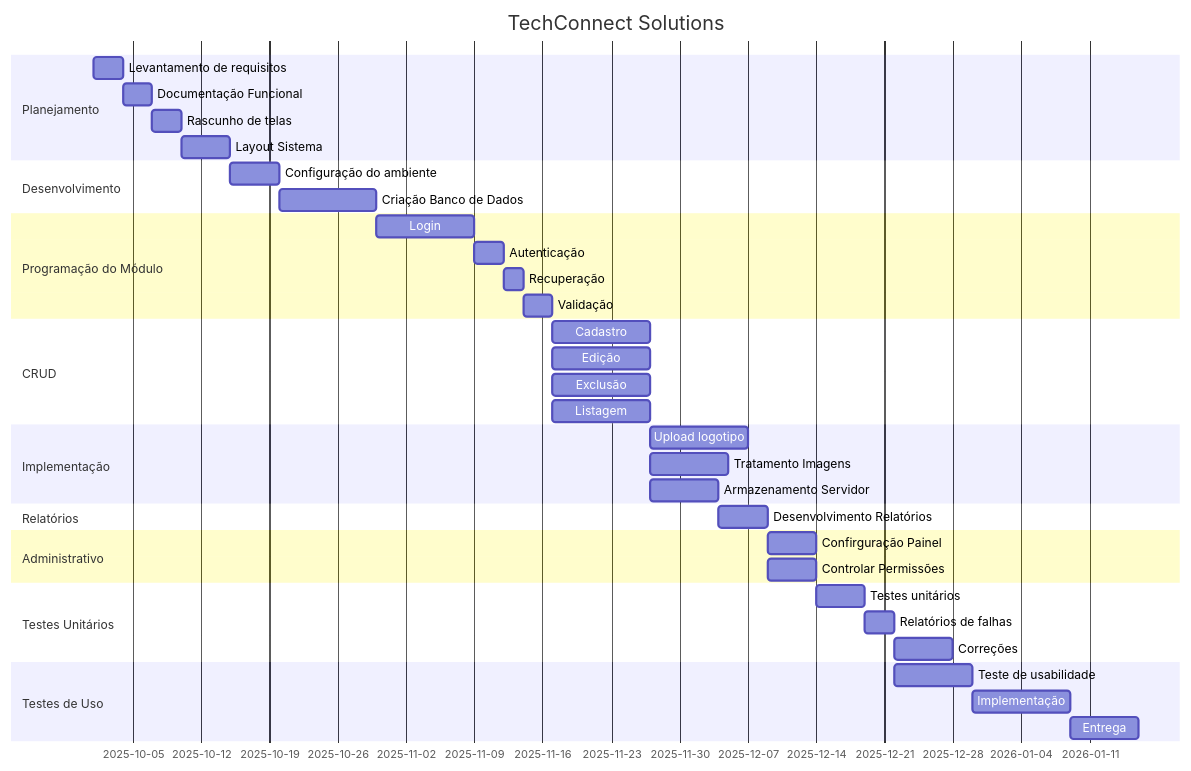
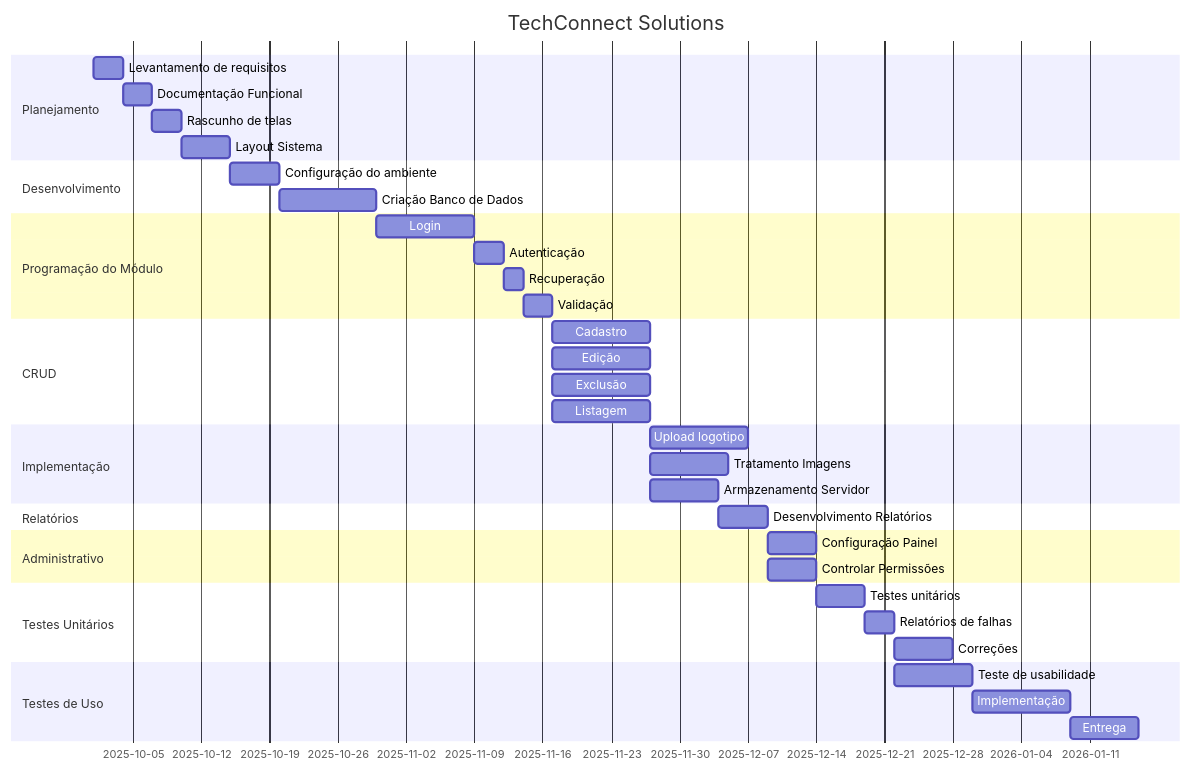
The first of 3 diagrams in README.md (AnandaMazine/Grafico-Gantt), drawn with Mermaid before and after one commit.

````diff
--- a/README.md
+++ b/README.md
@@ -1,48 +1,48 @@
 ```mermaid
 gantt
 title TechConnect Solutions
 dateFormat YYYY-MM-DD
 section Planejamento
 Levantamento de requisitos:lr, 2025-10-01, 3d
 Documentação Funcional:df, after lr, 3d
 Rascunho de telas:rt, after df, 3d
 Layout Sistema:ls, after rt, 5d
 
 section Desenvolvimento
 Configuração do ambiente:ca, after ls, 5d
 Criação Banco de Dados:db, after ca, 10d
 
 section Programação do Módulo
 Login:lo, after db, 10d
 Autenticação:at, after lo, 3d
 Recuperação:rs, after at, 2d
 Validação:va, after rs, 3d
 
 section CRUD
 Cadastro:ct, after va, 10d
 Edição:ed, after va, 10d
 Exclusão:ex, after va, 10d
 Listagem:li, after va, 10d
 
 section Implementação
 Upload logotipo:ul, after li, 10d
 Tratamento Imagens:ti, after li, 8d
 Armazenamento Servidor:as, after li, 7d
 
 section Relatórios
 Desenvolvimento Relatórios:dr, after as, 5d
 
 section Administrativo
-Confirguração Painel: cp, after dr, 5d
+Configuração Painel: cp, after dr, 5d
 Controlar Permissões: pr, after dr, 5d
 
 section Testes Unitários
 Testes unitários:tu, after cp, 5d
 Relatórios de falhas: rf, after tu, 3d
 Correções:co, after rf, 6d
 
 section Testes de Uso
 Teste de usabilidade:us, after rf, 8d
 Implementação:im, after us, 10d
 Entrega: en, after im, 7d
 ```
````
